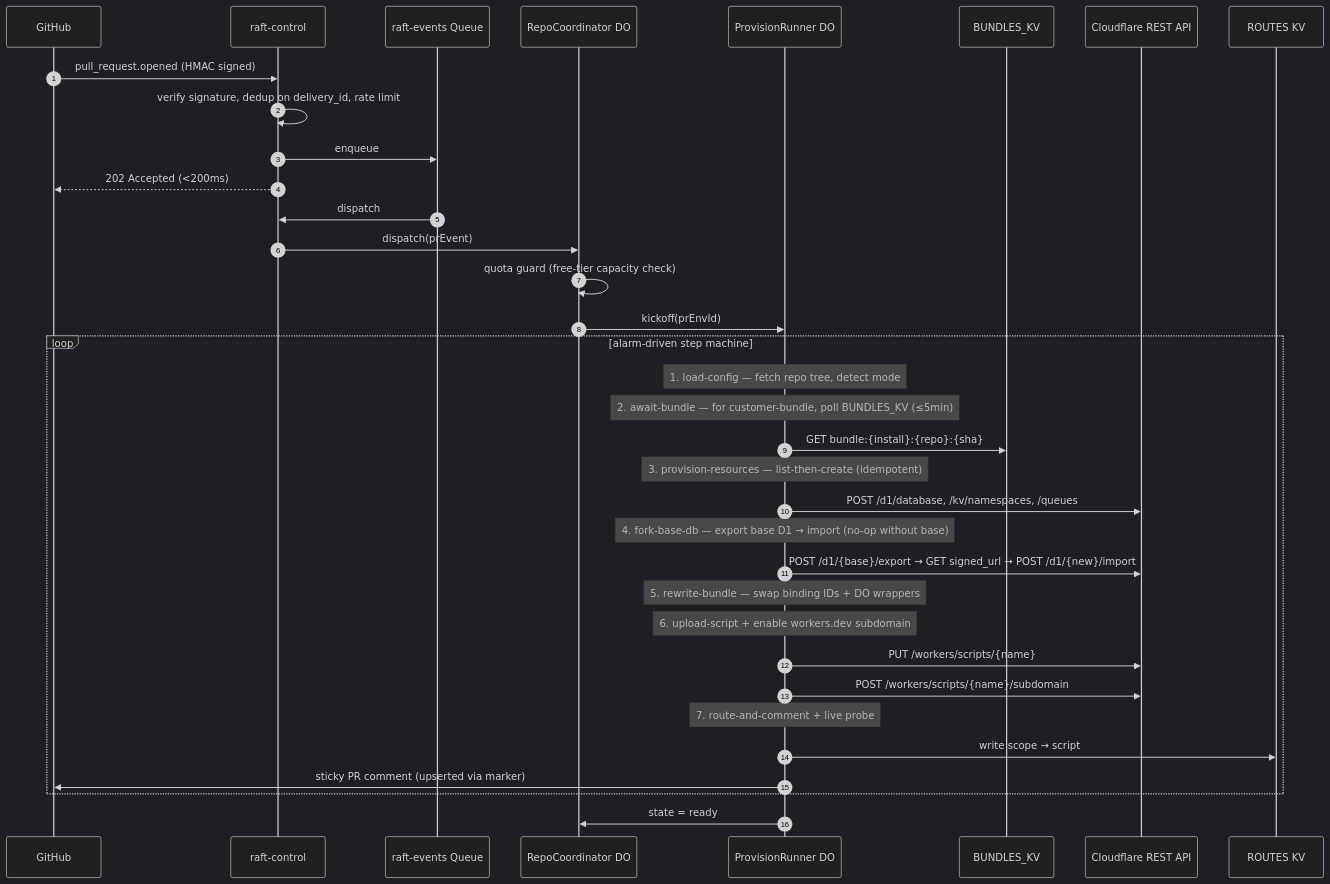
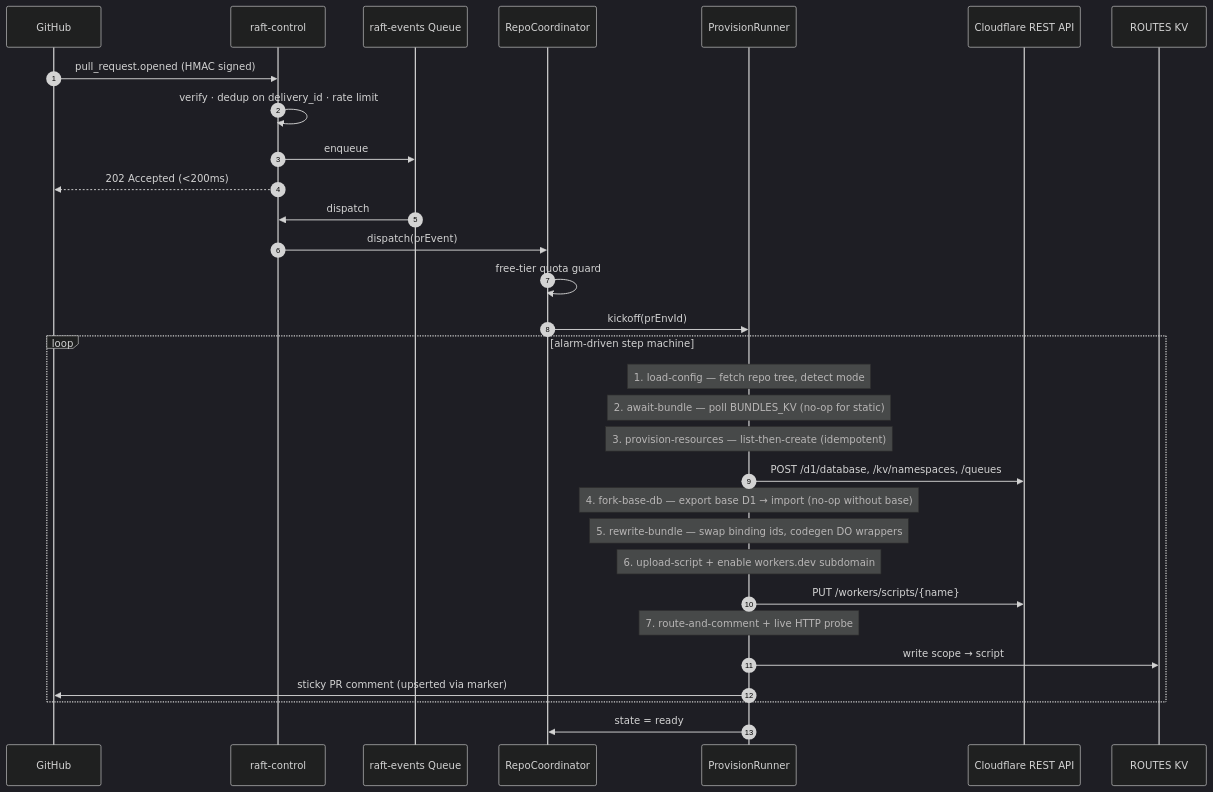
The second of 3 diagrams in README.md (Adi-gitX/Rift), drawn with Mermaid (dark theme) before and after one commit. The commit also changed other lines of this file, not shown here.

````diff
--- a/README.md
+++ b/README.md
@@ -126,41 +97,37 @@
 ```mermaid
 sequenceDiagram
   autonumber
   participant GH as GitHub
   participant CTL as raft-control
   participant Q as raft-events Queue
-  participant REPO as RepoCoordinator DO
-  participant PROV as ProvisionRunner DO
-  participant KV as BUNDLES_KV
+  participant REPO as RepoCoordinator
+  participant PROV as ProvisionRunner
   participant CF as Cloudflare REST API
   participant ROUTES as ROUTES KV
 
   GH->>CTL: pull_request.opened (HMAC signed)
-  CTL->>CTL: verify signature, dedup on delivery_id, rate limit
+  CTL->>CTL: verify · dedup on delivery_id · rate limit
   CTL->>Q: enqueue
   CTL-->>GH: 202 Accepted (<200ms)
 
   Q->>CTL: dispatch
   CTL->>REPO: dispatch(prEvent)
-  REPO->>REPO: quota guard (free-tier capacity check)
+  REPO->>REPO: free-tier quota guard
   REPO->>PROV: kickoff(prEnvId)
 
   loop alarm-driven step machine
     Note over PROV: 1. load-config — fetch repo tree, detect mode
-    Note over PROV: 2. await-bundle — for customer-bundle, poll BUNDLES_KV (≤5min)
-    PROV->>KV: GET bundle:{install}:{repo}:{sha}
+    Note over PROV: 2. await-bundle — poll BUNDLES_KV (no-op for static)
     Note over PROV: 3. provision-resources — list-then-create (idempotent)
     PROV->>CF: POST /d1/database, /kv/namespaces, /queues
     Note over PROV: 4. fork-base-db — export base D1 → import (no-op without base)
-    PROV->>CF: POST /d1/{base}/export → GET signed_url → POST /d1/{new}/import
-    Note over PROV: 5. rewrite-bundle — swap binding IDs + DO wrappers
+    Note over PROV: 5. rewrite-bundle — swap binding ids, codegen DO wrappers
     Note over PROV: 6. upload-script + enable workers.dev subdomain
     PROV->>CF: PUT /workers/scripts/{name}
-    PROV->>CF: POST /workers/scripts/{name}/subdomain
-    Note over PROV: 7. route-and-comment + live probe
+    Note over PROV: 7. route-and-comment + live HTTP probe
     PROV->>ROUTES: write scope → script
     PROV->>GH: sticky PR comment (upserted via marker)
   end
 
   PROV->>REPO: state = ready
 ```
````
